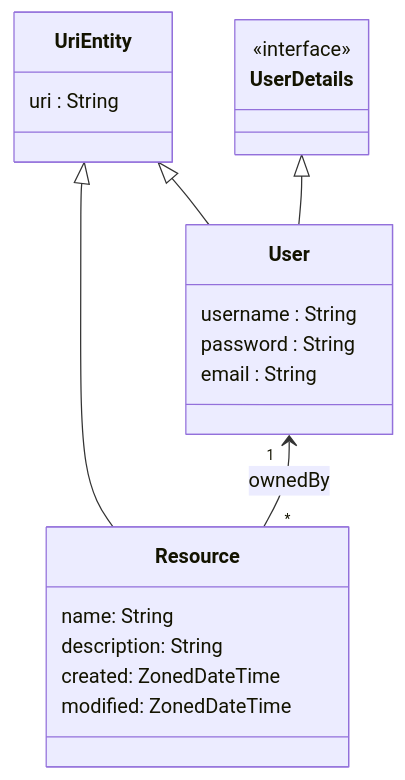
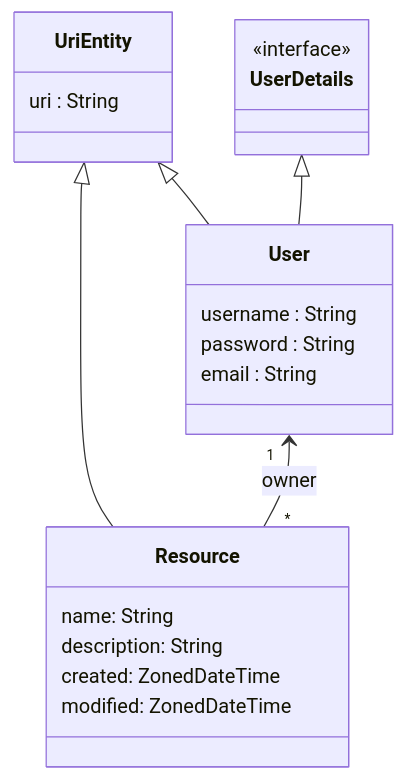
The diagram in README.md (UdL-EPS-SoftArch-Igualada/spring-template), drawn with Mermaid before and after one commit. The commit also changed 4 other files, not shown here.

Commit message:
Rename ownedBy -> owner

````diff
--- a/README.md
+++ b/README.md
@@ -28,27 +28,27 @@
 ```mermaid
 classDiagram
     class UriEntity {
         uri : String
     }
     
     class UserDetails 
     <<interface>> UserDetails
 
     class User  {
         username : String
         password : String
         email : String
     }
 
     class Resource {
         name: String
         description: String
         created: ZonedDateTime
         modified: ZonedDateTime
     }
 
     UriEntity <|-- User
     UserDetails <|-- User
     UriEntity <|-- Resource
-    User "1" <-- "*" Resource: ownedBy
+    User "1" <-- "*" Resource: owner
 ```
````
